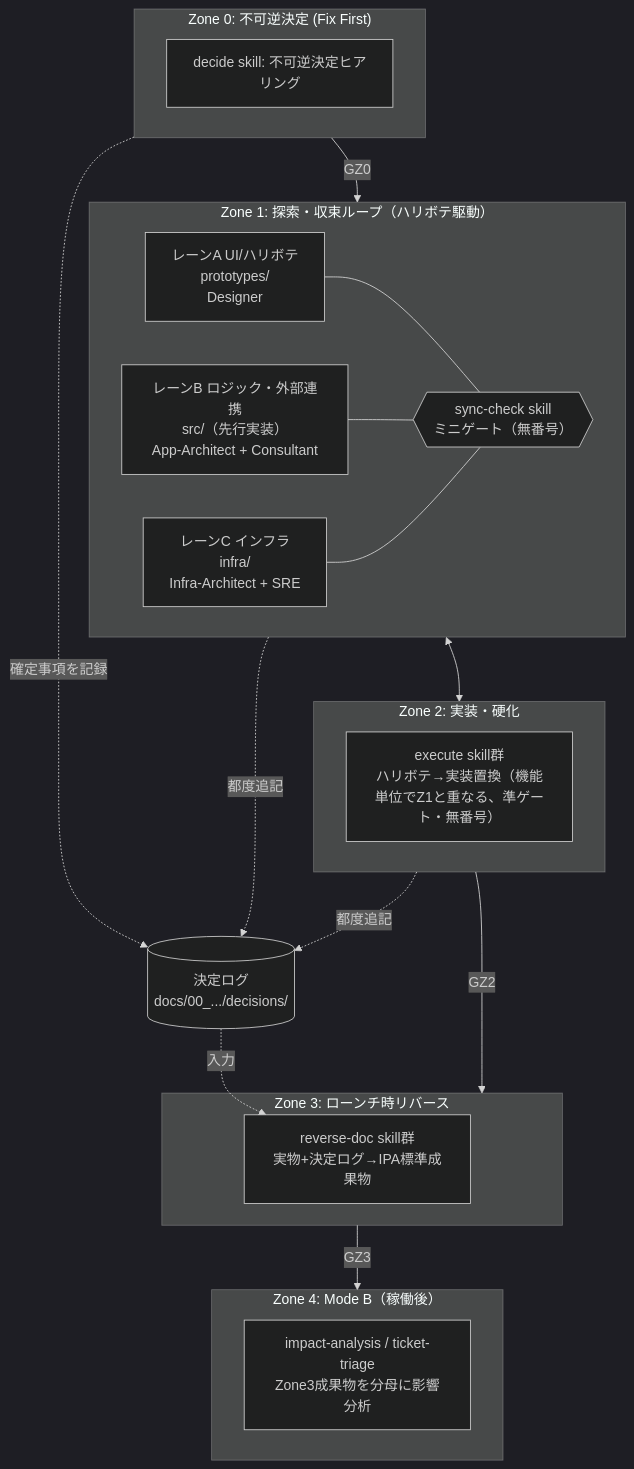
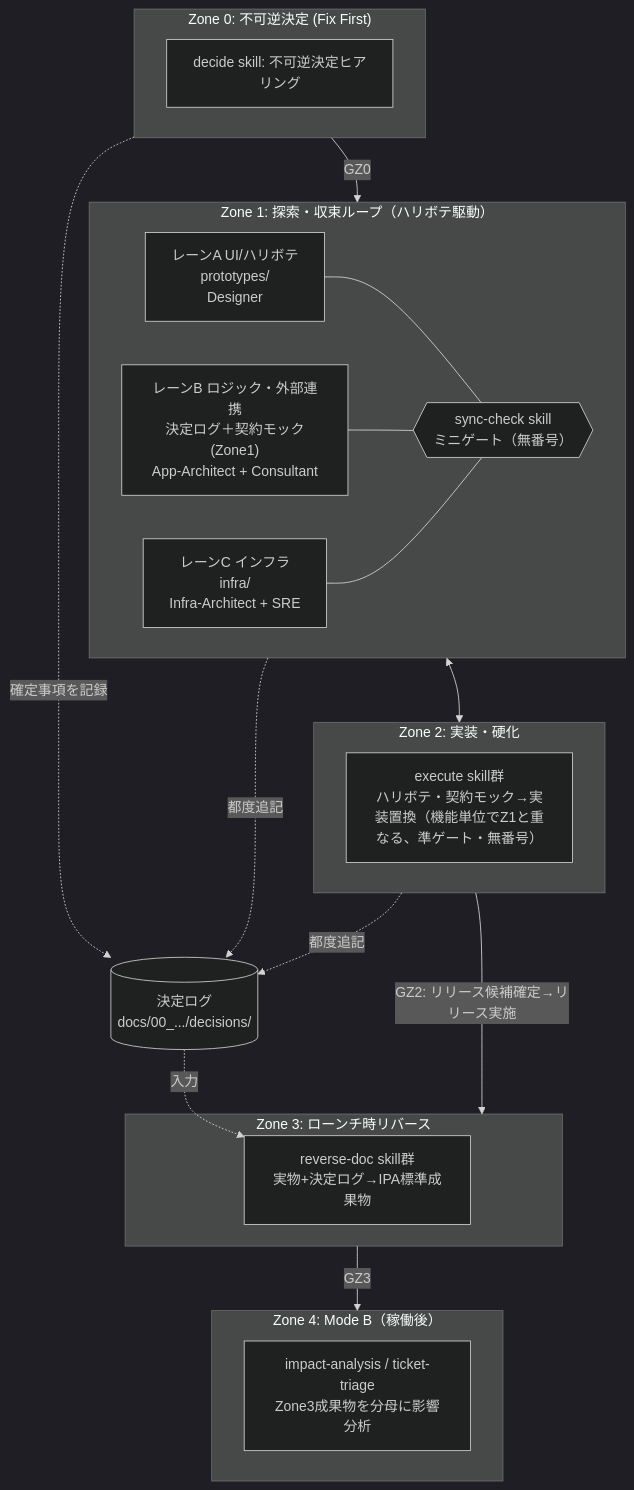
One commit to k-tanaka-522/aidev changed the first of 5 diagrams in docs/v2/02_実行基盤アーキテクチャ.md. Above: the diagram before and after it, drawn with Mermaid (dark theme). The commit also changed other lines of this file, not shown here.

````diff
--- a/docs/v2/02_実行基盤アーキテクチャ.md
+++ b/docs/v2/02_実行基盤アーキテクチャ.md
@@ -118,40 +129,40 @@
 ```mermaid
 flowchart TB
     subgraph Z0["Zone 0: 不可逆決定 (Fix First)"]
         DHEAR["decide skill: 不可逆決定ヒアリング"]
     end
 
     subgraph Z1["Zone 1: 探索・収束ループ（ハリボテ駆動）"]
         direction LR
         LANEA["レーンA UI/ハリボテ<br/>prototypes/<br/>Designer"]
-        LANEB["レーンB ロジック・外部連携<br/>src/（先行実装）<br/>App-Architect + Consultant"]
+        LANEB["レーンB ロジック・外部連携<br/>決定ログ＋契約モック(Zone1)<br/>App-Architect + Consultant"]
         LANEC["レーンC インフラ<br/>infra/<br/>Infra-Architect + SRE"]
         SYNC{{"sync-check skill<br/>ミニゲート（無番号）"}}
         LANEA --- SYNC
         LANEB --- SYNC
         LANEC --- SYNC
     end
 
     subgraph Z2["Zone 2: 実装・硬化"]
-        IMPL["execute skill群<br/>ハリボテ→実装置換（機能単位でZ1と重なる、準ゲート・無番号）"]
+        IMPL["execute skill群<br/>ハリボテ・契約モック→実装置換（機能単位でZ1と重なる、準ゲート・無番号）"]
     end
 
     subgraph Z3["Zone 3: ローンチ時リバース"]
         REV["reverse-doc skill群<br/>実物+決定ログ→IPA標準成果物"]
     end
 
     subgraph Z4["Zone 4: Mode B（稼働後）"]
         TICKET["impact-analysis / ticket-triage<br/>Zone3成果物を分母に影響分析"]
     end
 
     DLOG[("決定ログ<br/>docs/00_.../decisions/")]
 
     Z0 -->|GZ0| Z1
     Z1 <--> Z2
-    Z2 -->|GZ2| Z3
+    Z2 -->|GZ2: リリース候補確定→リリース実施| Z3
     Z3 -->|GZ3| Z4
     Z0 -.確定事項を記録.-> DLOG
     Z1 -.都度追記.-> DLOG
     Z2 -.都度追記.-> DLOG
     DLOG -.入力.-> REV
 ```
````
